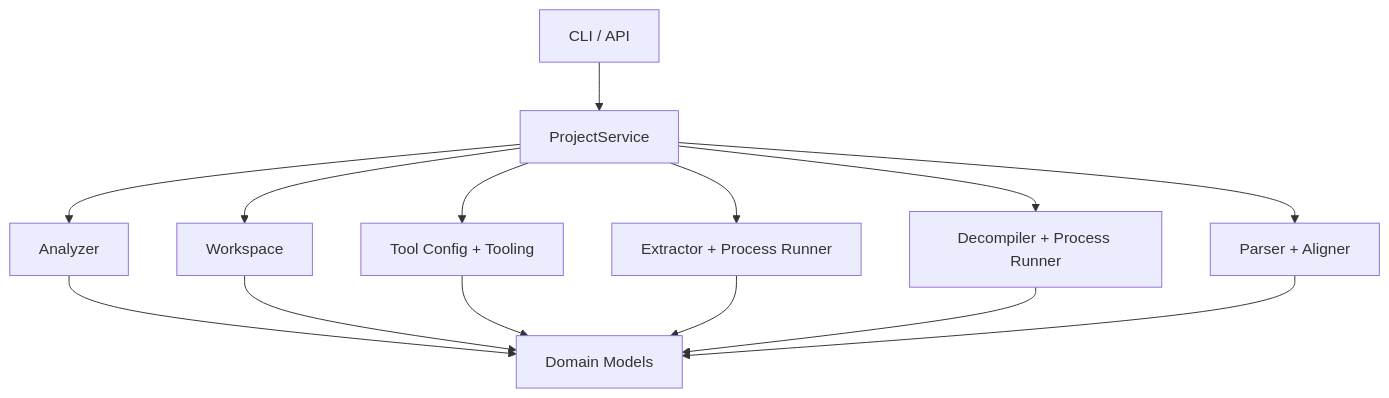
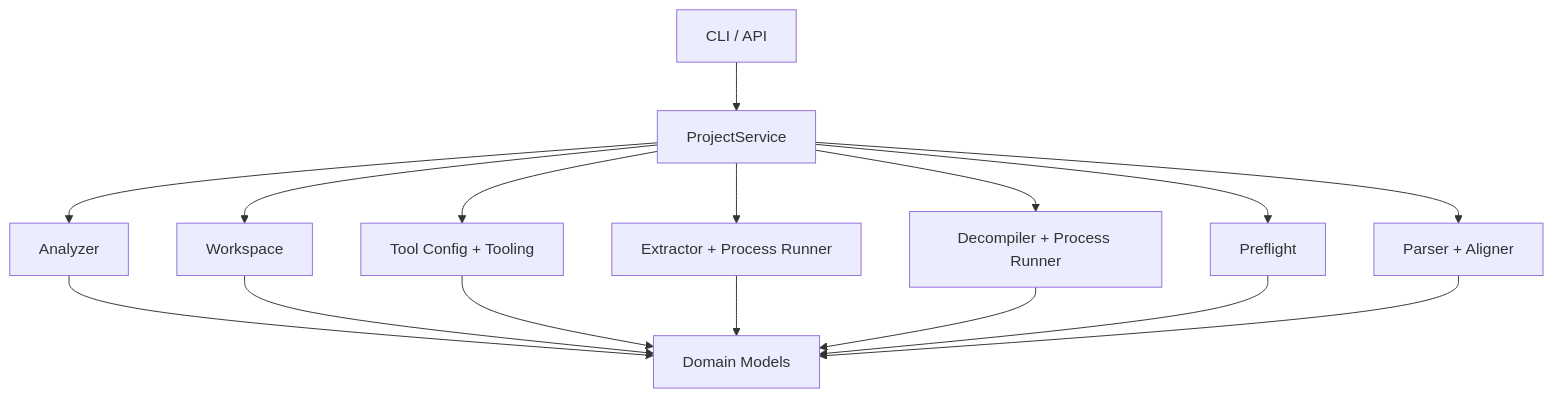
The diagram in docs/structure-and-runtime.zh-CN.md (Palind-Rome/DuolinGal), drawn with Mermaid before and after one commit. The commit also changed other lines of this file and 2 other files, not shown here.

````diff
--- a/docs/structure-and-runtime.zh-CN.md
+++ b/docs/structure-and-runtime.zh-CN.md
@@ -111,16 +117,18 @@
 ```mermaid
 flowchart TD
   A["CLI / API"] --> B["ProjectService"]
   B --> C["Analyzer"]
   B --> D["Workspace"]
   B --> E["Tool Config + Tooling"]
   B --> F["Extractor + Process Runner"]
   B --> G["Decompiler + Process Runner"]
-  B --> H["Parser + Aligner"]
+  B --> H["Preflight"]
+  B --> J["Parser + Aligner"]
   C --> I["Domain Models"]
   D --> I
   E --> I
   F --> I
   G --> I
   H --> I
+  J --> I
 ```
````
